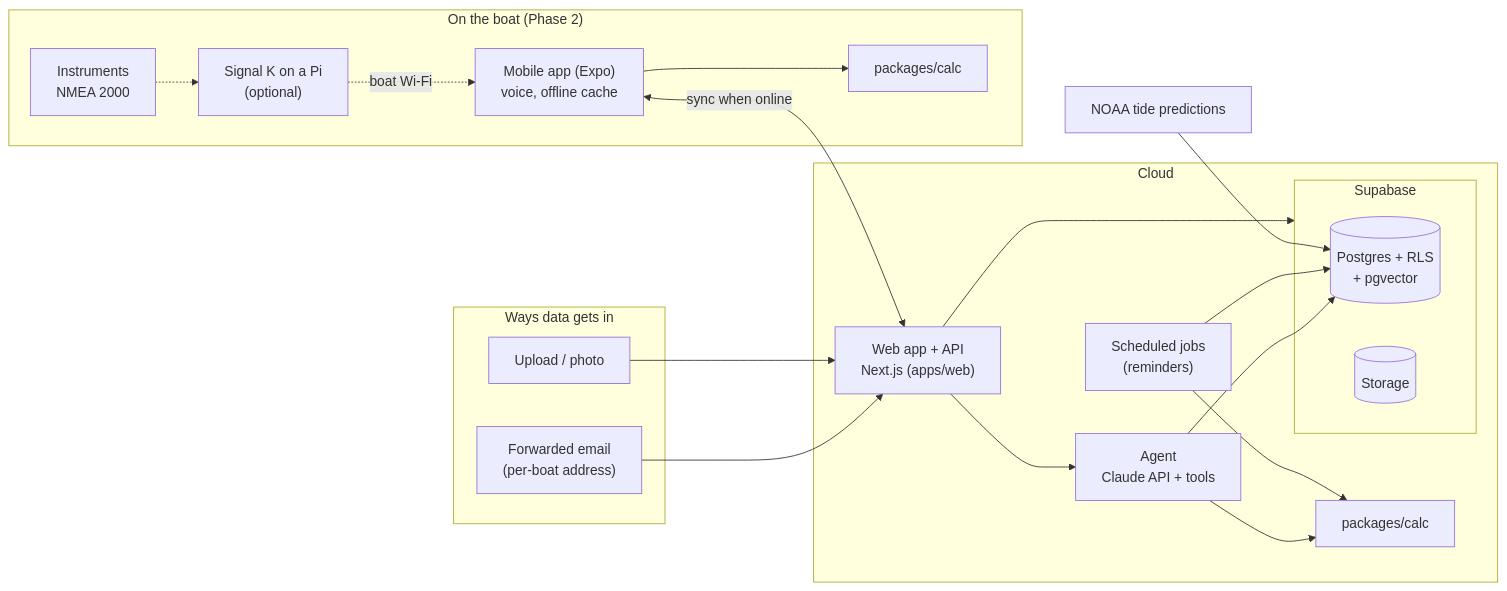
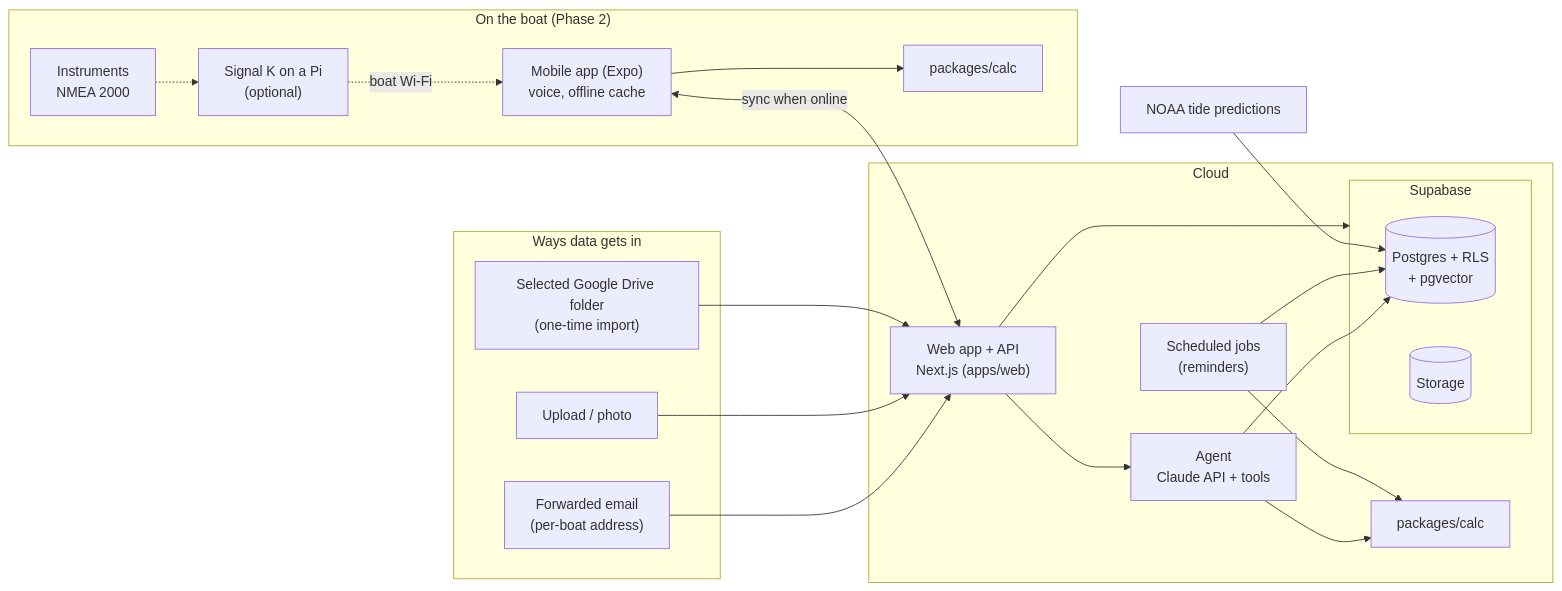
The first of 6 diagrams in docs/architecture.md (heynewton/newton), drawn with Mermaid before and after one commit. The commit also changed other lines of this file and 26 other files, not shown here.

First line of the commit message:
Import documents from Google Drive without storing copies (#170)

````diff
--- a/docs/architecture.md
+++ b/docs/architecture.md
@@ -34,40 +35,42 @@
 ```mermaid
 flowchart LR
   subgraph In["Ways data gets in"]
     Email["Forwarded email<br/>(per-boat address)"]
     Upload["Upload / photo"]
+    Drive["Selected Google Drive folder<br/>(one-time import)"]
   end
 
   subgraph Cloud["Cloud"]
     Web["Web app + API<br/>Next.js (apps/web)"]
     Agent["Agent<br/>Claude API + tools"]
     Calc1["packages/calc"]
     subgraph Supa["Supabase"]
       DB[("Postgres + RLS<br/>+ pgvector")]
       Files[("Storage")]
     end
     Jobs["Scheduled jobs<br/>(reminders)"]
   end
 
   subgraph Boat["On the boat (Phase 2)"]
     Phone["Mobile app (Expo)<br/>voice, offline cache"]
     Calc2["packages/calc"]
     SK["Signal K on a Pi<br/>(optional)"]
     Instr["Instruments<br/>NMEA 2000"]
   end
 
   NOAA["NOAA tide predictions"]
 
   Email --> Web
   Upload --> Web
+  Drive --> Web
   Web --> Supa
   Web --> Agent
   Agent --> Calc1
   Agent --> DB
   Jobs --> DB
   Jobs --> Calc1
   NOAA --> DB
   Phone <-->|sync when online| Web
   Phone --> Calc2
   Instr -.-> SK -.->|boat Wi-Fi| Phone
 ```
````
